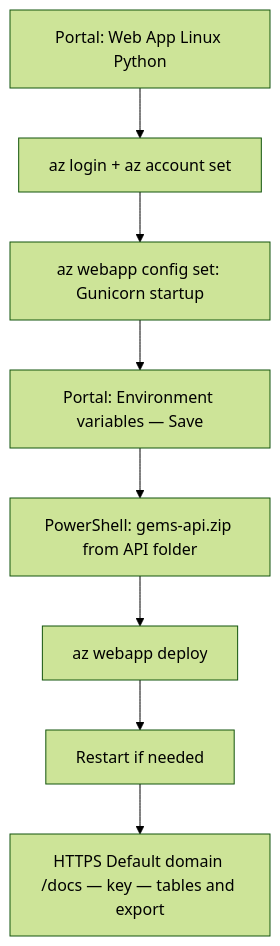
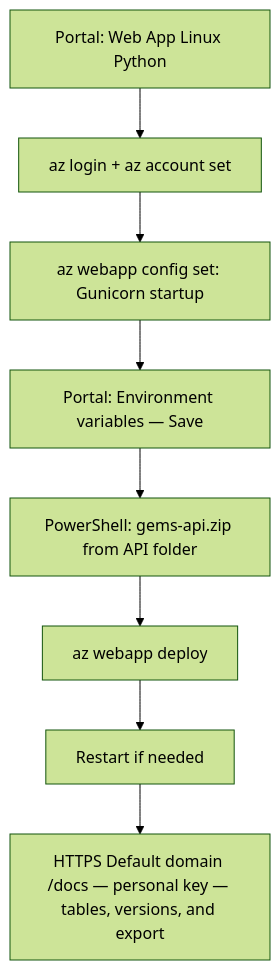
One commit to gems-project/gems-api changed the fourth of 4 diagrams in API/README.md. Above: the diagram before and after it, drawn with Mermaid (forest theme). The commit also changed other lines of this file and 17 other files, not shown here.

````diff
--- a/API/README.md
+++ b/API/README.md
@@ -124,10 +124,10 @@
 ```mermaid
 flowchart TD
   P1[Portal: Web App Linux Python] --> CLI1[az login + az account set]
   CLI1 --> CLI2[az webapp config set: Gunicorn startup]
   CLI2 --> P2[Portal: Environment variables — Save]
   P2 --> ZIP[PowerShell: gems-api.zip from API folder]
   ZIP --> CLI3[az webapp deploy]
   CLI3 --> R[Restart if needed]
-  R --> OK[HTTPS Default domain /docs — key — tables and export]
+  R --> OK[HTTPS Default domain /docs — personal key — tables, versions, and export]
 ```
````
